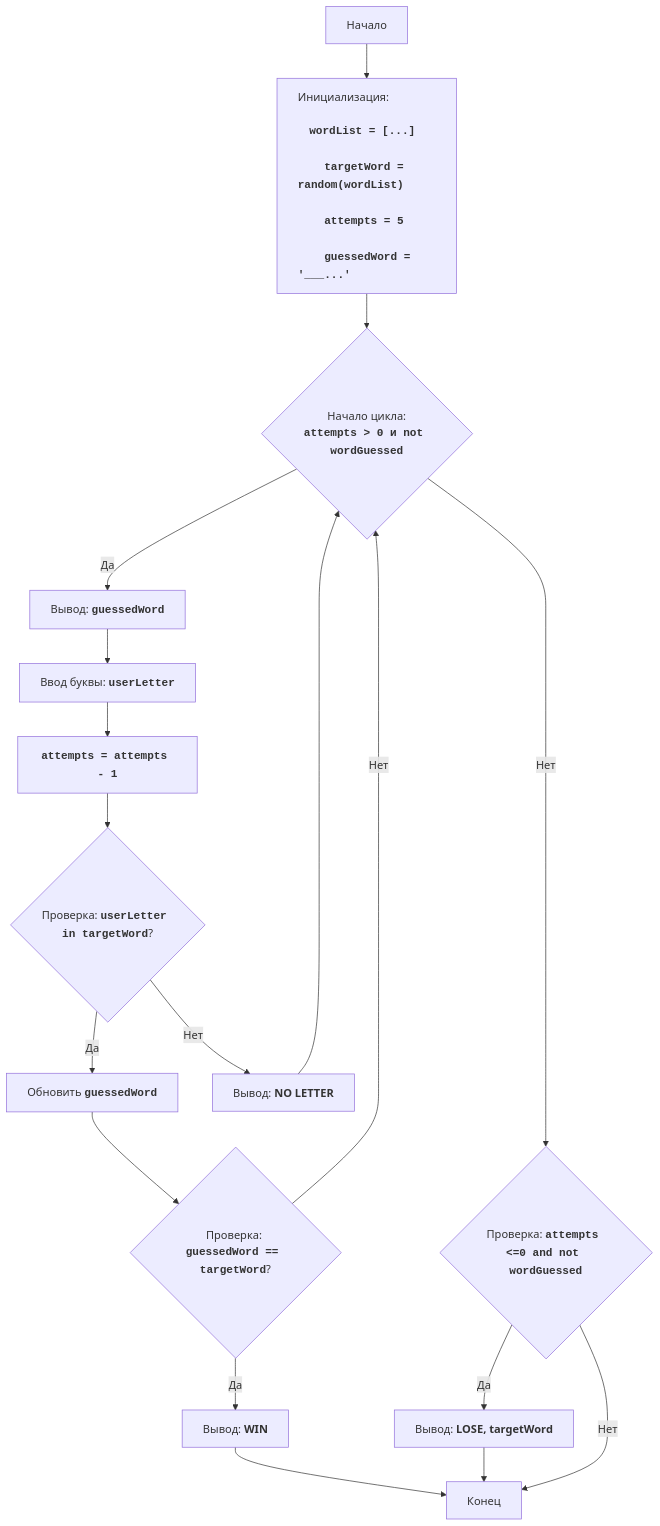
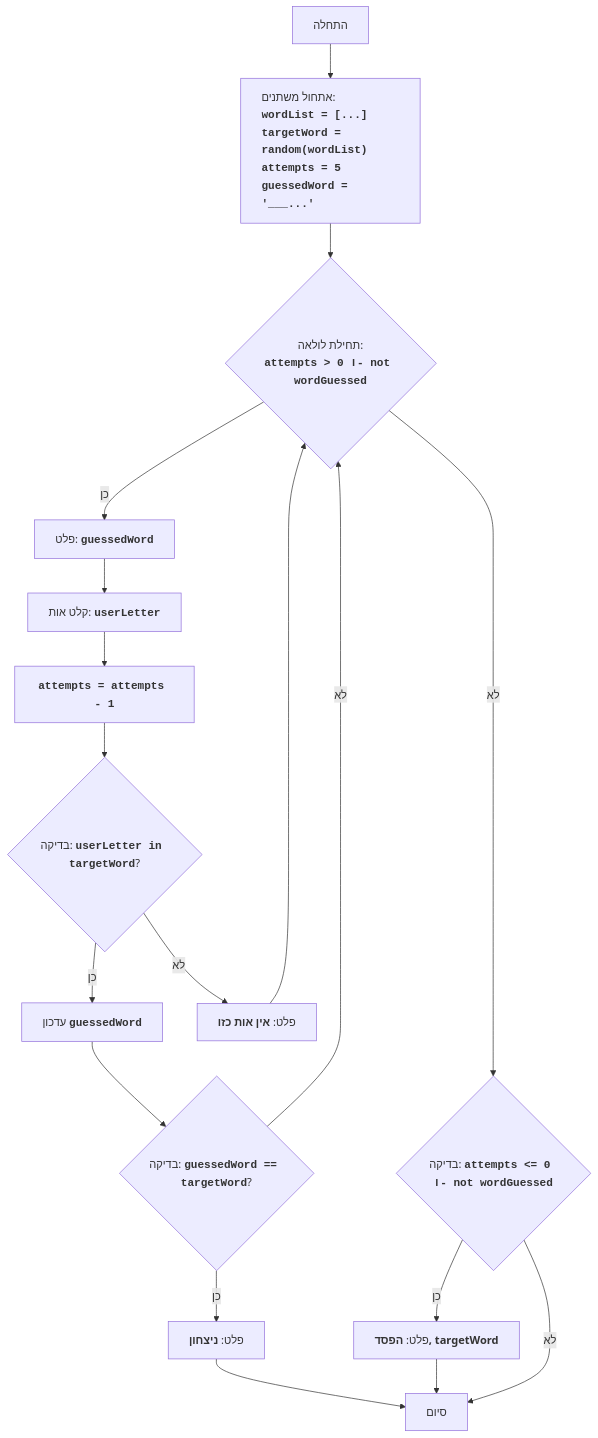
The diagram in docs/gemini/he/explainer/src/endpoints/ai_games/101_basic_computer_games/ru/GAMES/WORD/README.MD.md (hypo69/hypo), drawn with Mermaid before and after one commit. The commit also changed other lines of this file and 885 other files, not shown here.

````diff
--- a/docs/gemini/he/explainer/src/endpoints/ai_games/101_basic_computer_games/ru/GAMES/WORD/README.MD.md
+++ b/docs/gemini/he/explainer/src/endpoints/ai_games/101_basic_computer_games/ru/GAMES/WORD/README.MD.md
@@ -30,24 +22,20 @@
 ```mermaid
 flowchart TD
-    Start["Начало"] --> InitializeVariables["<p align='left'>Инициализация:<br>
-    <code><b>wordList = [...]<br>
-    targetWord = random(wordList)<br>
-    attempts = 5<br>
-    guessedWord = '___...'</b></code></p>"]
-    InitializeVariables --> LoopStart{"Начало цикла:<br><code><b>attempts > 0 и not wordGuessed</b></code>"}
-    LoopStart -- Да --> OutputGuessedWord["Вывод: <code><b>guessedWord</b></code>"]
-    OutputGuessedWord --> InputLetter["Ввод буквы: <code><b>userLetter</b></code>"]
+    Start["התחלה"] --> InitializeVariables["<p align='left'>אתחול משתנים:<br><code><b>wordList = [...]<br>targetWord = random(wordList)<br>attempts = 5<br>guessedWord = '___...'</b></code></p>"]
+    InitializeVariables --> LoopStart{"תחילת לולאה:<br><code><b>attempts > 0 ו- not wordGuessed</b></code>"}
+    LoopStart -- כן --> OutputGuessedWord["פלט: <code><b>guessedWord</b></code>"]
+    OutputGuessedWord --> InputLetter["קלט אות: <code><b>userLetter</b></code>"]
     InputLetter --> DecreaseAttempts["<code><b>attempts = attempts - 1</b></code>"]
-    DecreaseAttempts --> CheckLetter{"Проверка: <code><b>userLetter in targetWord</b></code>?"}
-    CheckLetter -- Да --> UpdateGuessedWord["Обновить <code><b>guessedWord</b></code>"]
-    UpdateGuessedWord --> CheckWin{"Проверка: <code><b>guessedWord == targetWord</b></code>?"}
-     CheckWin -- Да --> OutputWin["Вывод: <b>WIN</b>"]
-     OutputWin --> End["Конец"]
-    CheckWin -- Нет --> LoopStart
-    CheckLetter -- Нет --> OutputNoLetter["Вывод: <b>NO LETTER</b>"]
+    DecreaseAttempts --> CheckLetter{"בדיקה: <code><b>userLetter in targetWord</b></code>?"}
+    CheckLetter -- כן --> UpdateGuessedWord["עדכון <code><b>guessedWord</b></code>"]
+    UpdateGuessedWord --> CheckWin{"בדיקה: <code><b>guessedWord == targetWord</b></code>?"}
+    CheckWin -- כן --> OutputWin["פלט: <b>ניצחון</b>"]
+    OutputWin --> End["סיום"]
+    CheckWin -- לא --> LoopStart
+    CheckLetter -- לא --> OutputNoLetter["פלט: <b>אין אות כזו</b>"]
     OutputNoLetter --> LoopStart
-    LoopStart -- Нет --> CheckLose{"Проверка: <code><b>attempts <=0 and not wordGuessed</b></code>"}
-    CheckLose -- Да --> OutputLose["Вывод: <b>LOSE, targetWord</b>"]
+    LoopStart -- לא --> CheckLose{"בדיקה: <code><b>attempts <= 0 ו- not wordGuessed</b></code>"}
+    CheckLose -- כן --> OutputLose["פלט: <b>הפסד, targetWord</b>"]
     OutputLose --> End
-     CheckLose -- Нет --> End
+    CheckLose -- לא --> End
 ```
````
